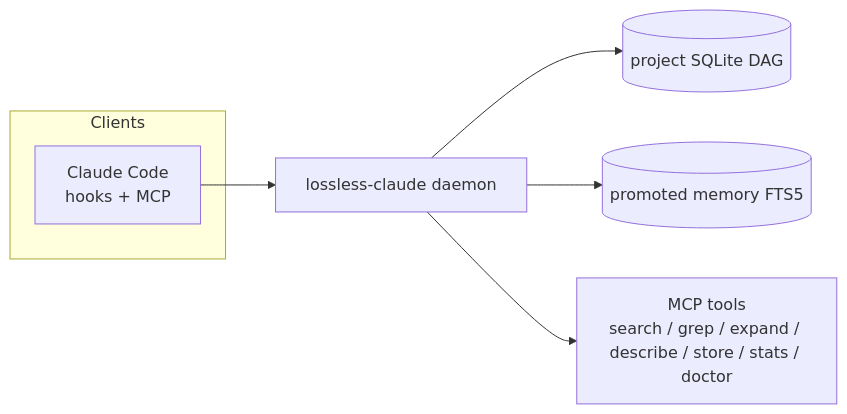
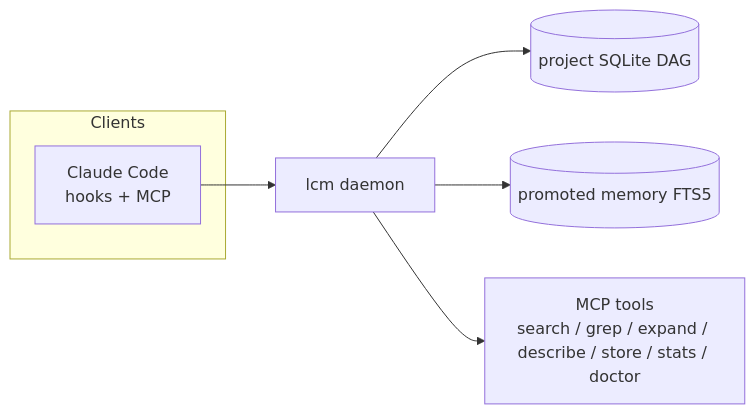
One commit to lossless-claude/lcm changed the first of 3 diagrams in README.md. Above: the diagram before and after it, drawn with Mermaid. The commit also changed other lines of this file and 16 other files, not shown here.

````diff
--- a/README.md
+++ b/README.md
@@ -40,12 +40,12 @@
 ```mermaid
 flowchart LR
   subgraph Clients["Clients"]
     CC["Claude Code<br/>hooks + MCP"]
   end
 
-  CC --> D["lossless-claude daemon"]
+  CC --> D["lcm daemon"]
 
   D --> DB[("project SQLite DAG")]
   D --> PM[("promoted memory FTS5")]
   D --> TOOLS["MCP tools<br/>search / grep / expand / describe / store / stats / doctor"]
 ```
````
